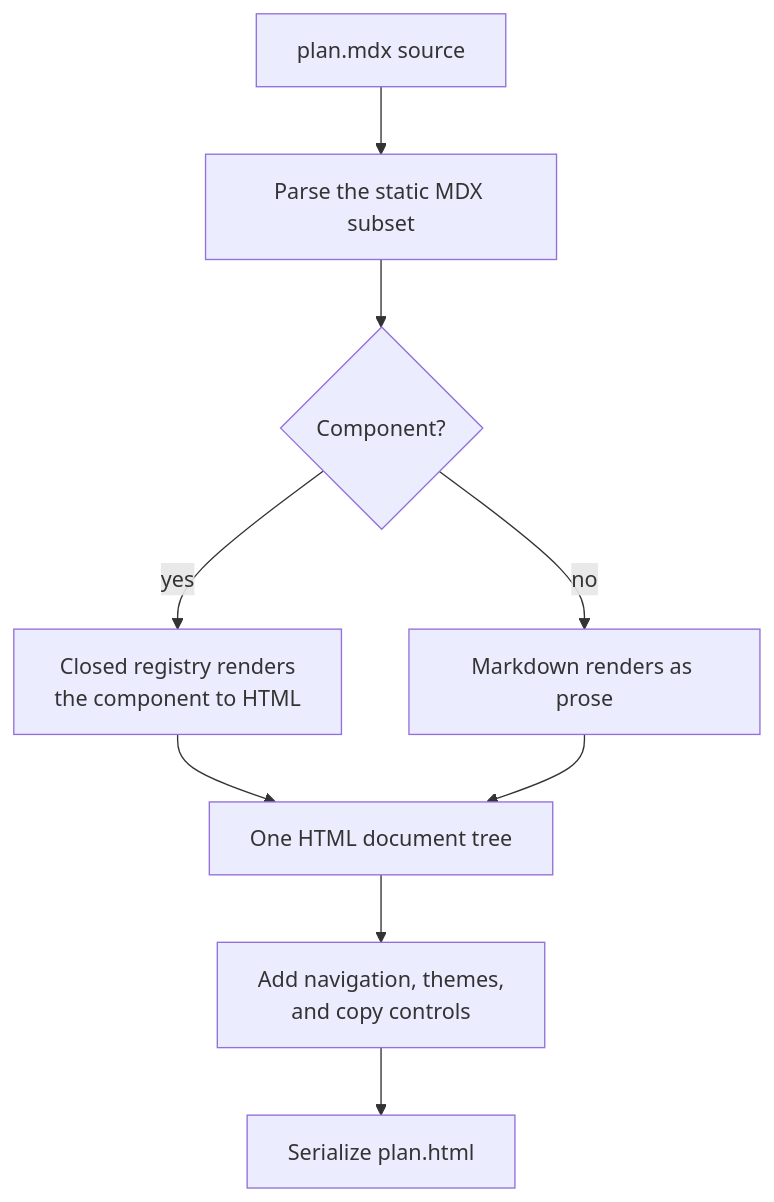
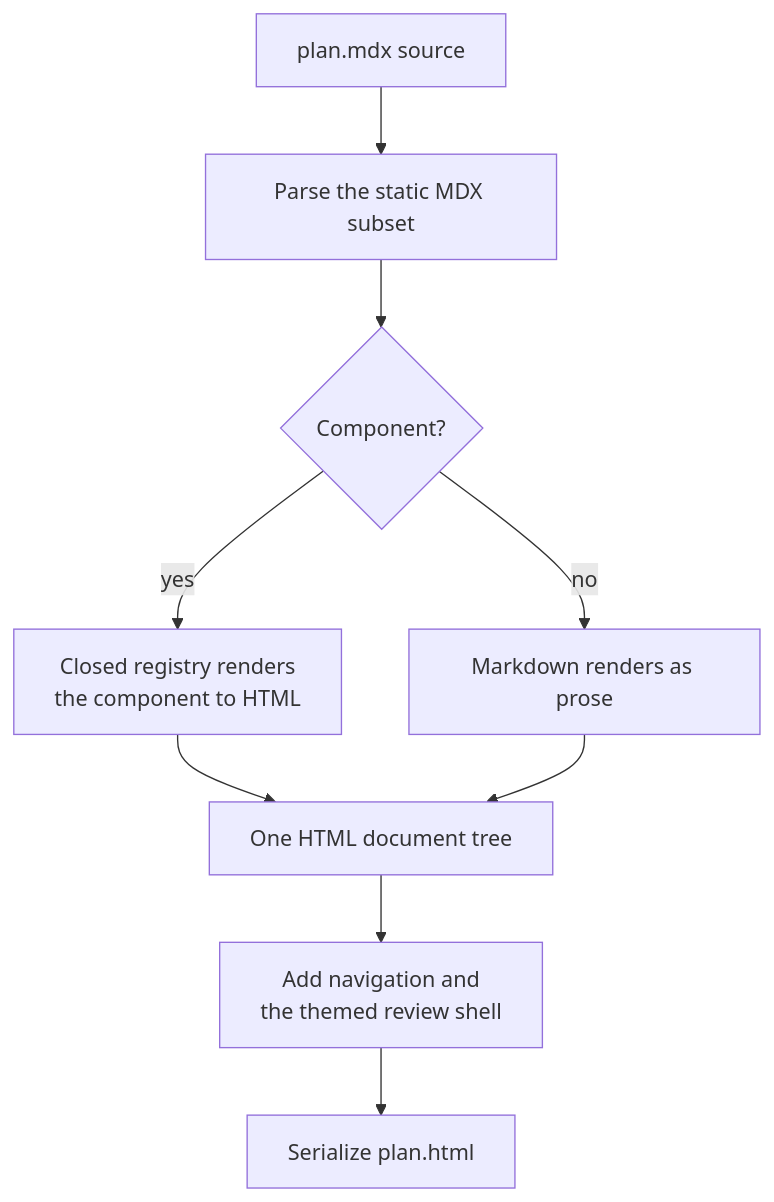
One commit to josh-padnick/big-plan changed the second of 2 diagrams in docs/src/content/docs/architecture.md. Above: the diagram before and after it, drawn with Mermaid. The commit also changed other lines of this file and 75 other files, not shown here.

````diff
--- a/docs/src/content/docs/architecture.md
+++ b/docs/src/content/docs/architecture.md
@@ -31,11 +31,11 @@
 ```mermaid
 flowchart TB
   S["plan.mdx source"] --> P["Parse the static MDX subset"]
   P --> Q{"Component?"}
   Q -- "yes" --> R["Closed registry renders<br/>the component to HTML"]
   Q -- "no" --> M["Markdown renders as prose"]
   R --> H["One HTML document tree"]
   M --> H
-  H --> T["Add navigation, themes,<br/>and copy controls"]
+  H --> T["Add navigation and<br/>the themed review shell"]
   T --> O["Serialize plan.html"]
 ```
````
